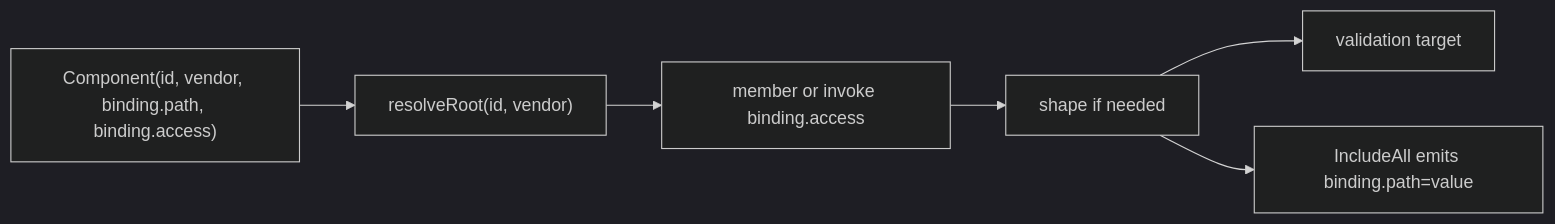
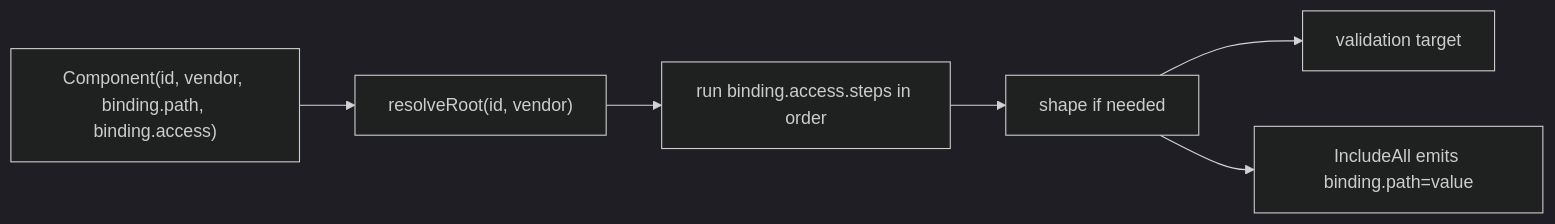
The first of 3 diagrams in docs/research/2026-03-31-issue-86-runtime-schema-proof.md (marafiq/alis-reactive), drawn with Mermaid (dark theme) before and after one commit. The commit also changed other lines of this file and 3 other files, not shown here.

````diff
--- a/docs/research/2026-03-31-issue-86-runtime-schema-proof.md
+++ b/docs/research/2026-03-31-issue-86-runtime-schema-proof.md
@@ -819,8 +851,8 @@
 ```mermaid
 flowchart LR
   A["Component(id, vendor, binding.path, binding.access)"] --> B["resolveRoot(id, vendor)"]
-  B --> C["member or invoke binding.access"]
+  B --> C["run binding.access.steps in order"]
   C --> D["shape if needed"]
   D --> E["validation target"]
   D --> F["IncludeAll emits binding.path=value"]
 ```
````
